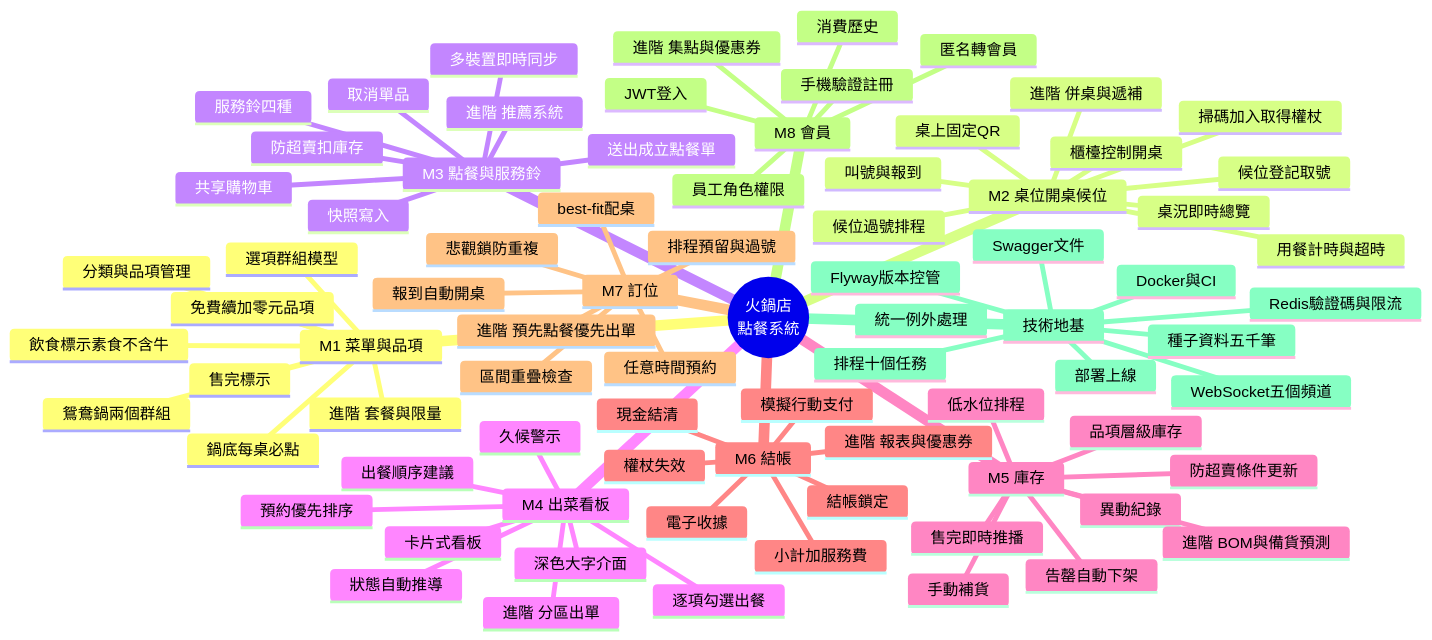
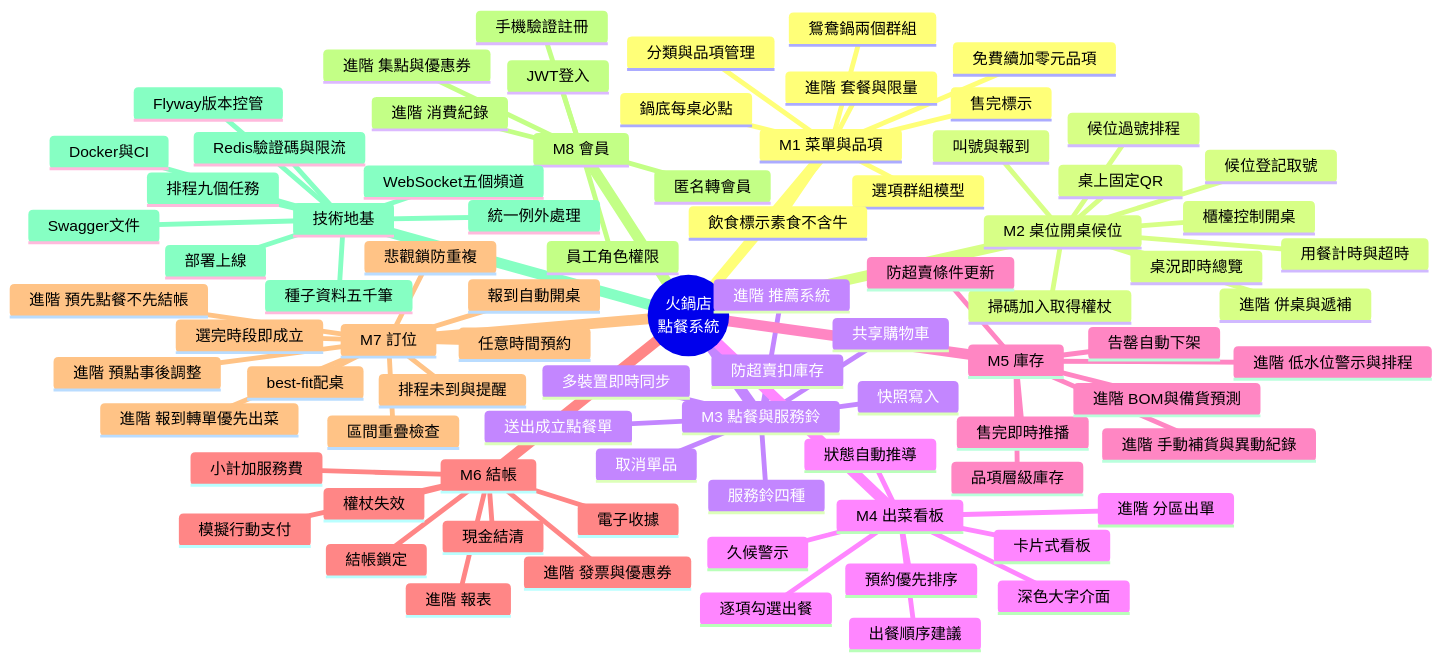
The first of 15 diagrams in docs/spec/06-圖表總覽.md (harry-wann/smart-order), drawn with Mermaid before and after one commit. The commit also changed other lines of this file and 119 other files, not shown here.

```diff
--- a/docs/spec/06-圖表總覽.md
+++ b/docs/spec/06-圖表總覽.md
@@ -54,9 +54,8 @@
       防超賣條件更新
       告罄自動下架
       售完即時推播
-      手動補貨
-      異動紀錄
-      低水位排程
+      進階 手動補貨與異動紀錄
+      進階 低水位警示與排程
       進階 BOM與備貨預測
     M6 結帳
       小計加服務費
@@ -65,21 +64,25 @@
       電子收據
       結帳鎖定
       權杖失效
-      進階 報表與優惠券
+      進階 報表
+      進階 發票與優惠券
     M7 訂位
+      選完時段即成立
       任意時間預約
       區間重疊檢查
       best-fit配桌
       悲觀鎖防重複
-      排程預留與過號
+      排程未到與提醒
       報到自動開桌
-      進階 預先點餐優先出單
+      進階 預先點餐不先結帳
+      進階 預點事後調整
+      進階 報到轉單優先出菜
     M8 會員
       手機驗證註冊
       JWT登入
-      消費歷史
       匿名轉會員
       員工角色權限
+      進階 消費紀錄
       進階 集點與優惠券
     技術地基
       Flyway版本控管
@@ -87,7 +90,7 @@
       Swagger文件
       種子資料五千筆
       WebSocket五個頻道
-      排程十個任務
+      排程九個任務
       Redis驗證碼與限流
       Docker與CI
       部署上線
```
